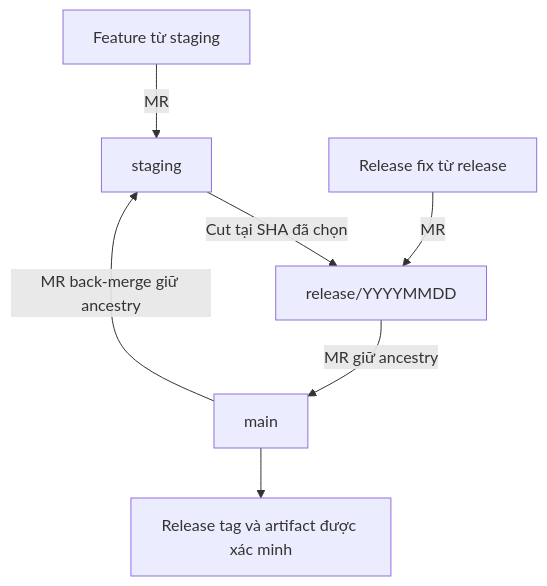
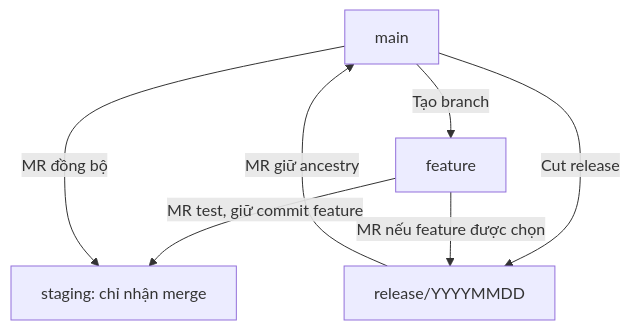
The diagram in gitflow-release-ancestry.md (huynv81/vhm), drawn with Mermaid before and after one commit. The commit also changed other lines of this file, not shown here.

````diff
--- a/gitflow-release-ancestry.md
+++ b/gitflow-release-ancestry.md
@@ -156,9 +110,9 @@
 ```mermaid
 flowchart TD
-    F[Feature từ staging] -->|MR| S[staging]
-    S -->|Cut tại SHA đã chọn| R[release/YYYYMMDD]
-    RF[Release fix từ release] -->|MR| R
-    R -->|MR giữ ancestry| M[main]
-    M -->|MR back-merge giữ ancestry| S
-    M --> T[Release tag và artifact được xác minh]
+    M[main] -->|Tạo branch| F[feature]
+    F -->|MR test, giữ commit feature| S[staging: chỉ nhận merge]
+    M -->|Cut release| R[release/YYYYMMDD]
+    F -->|MR nếu feature được chọn| R
+    R -->|MR giữ ancestry| M
+    M -->|MR đồng bộ| S
 ```
````
